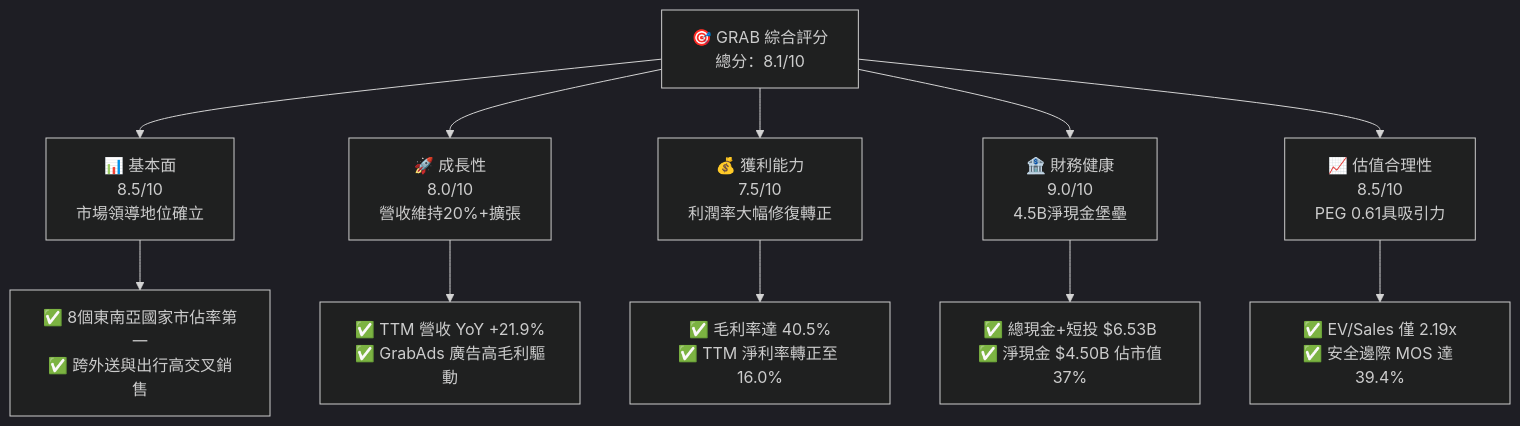
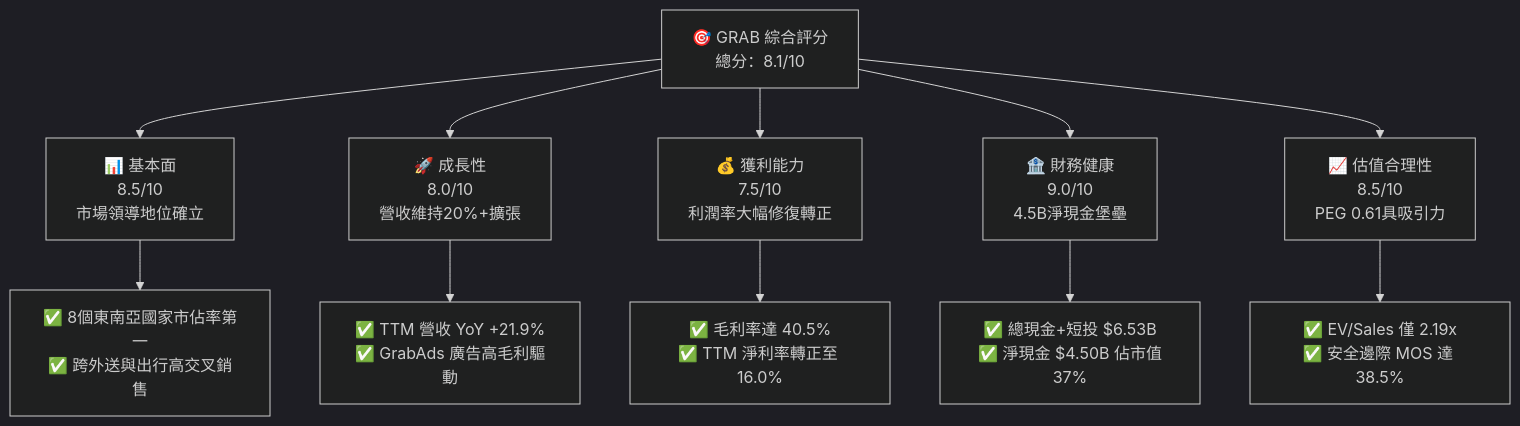
Before and after one commit to yennanliu/finance_data: the first of 15 diagrams in ai_gen_report/fundamental/grab/fundamental_analysis_2026-10-16_gemini.md, drawn with Mermaid (dark theme). The commit also changed other lines of this file and 339 other files, not shown here.

````diff
--- a/ai_gen_report/fundamental/grab/fundamental_analysis_2026-10-16_gemini.md
+++ b/ai_gen_report/fundamental/grab/fundamental_analysis_2026-10-16_gemini.md
@@ -62,22 +69,22 @@
 ```mermaid
 graph TD
     GRAB["🎯 GRAB 綜合評分<br/>總分：8.1/10"]
 
     F["📊 基本面<br/>8.5/10<br/>市場領導地位確立"]
     G["🚀 成長性<br/>8.0/10<br/>營收維持20%+擴張"]
     P["💰 獲利能力<br/>7.5/10<br/>利潤率大幅修復轉正"]
     B["🏦 財務健康<br/>9.0/10<br/>4.5B淨現金堡壘"]
     V["📈 估值合理性<br/>8.5/10<br/>PEG 0.61具吸引力"]
 
     GRAB --> F
     GRAB --> G
     GRAB --> P
     GRAB --> B
     GRAB --> V
 
     F --> F1["✅ 8個東南亞國家市佔率第一<br/>✅ 跨外送與出行高交叉銷售"]
     G --> G1["✅ TTM 營收 YoY +21.9%<br/>✅ GrabAds 廣告高毛利驅動"]
     P --> P1["✅ 毛利率達 40.5%<br/>✅ TTM 淨利率轉正至 16.0%"]
     B --> B1["✅ 總現金+短投 $6.53B<br/>✅ 淨現金 $4.50B 佔市值37%"]
-    V --> V1["✅ EV/Sales 僅 2.19x<br/>✅ 安全邊際 MOS 達 39.4%"]
+    V --> V1["✅ EV/Sales 僅 2.19x<br/>✅ 安全邊際 MOS 達 38.5%"]
 ```
````
